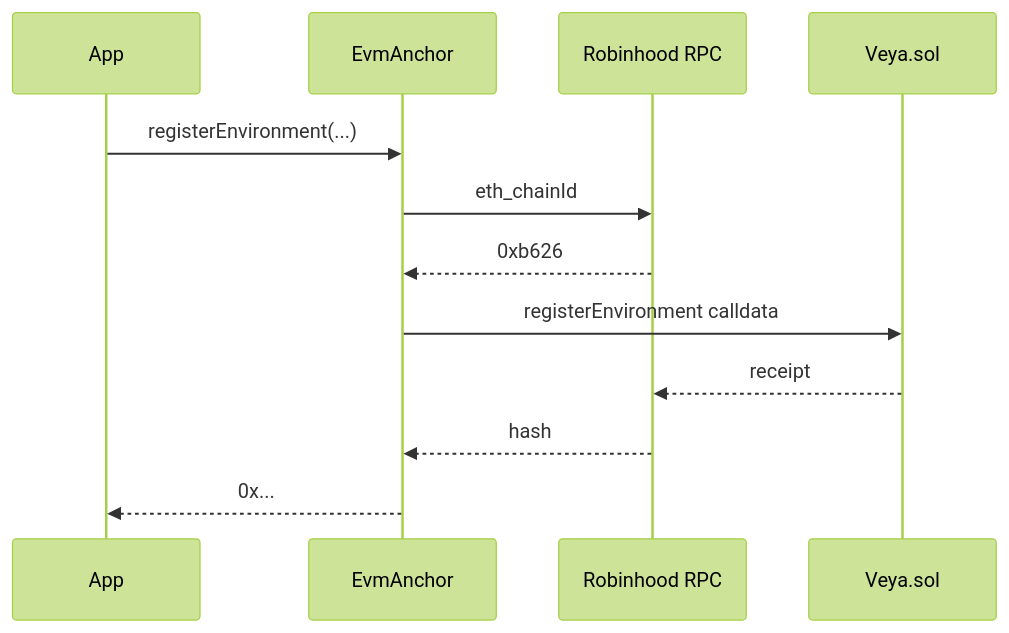
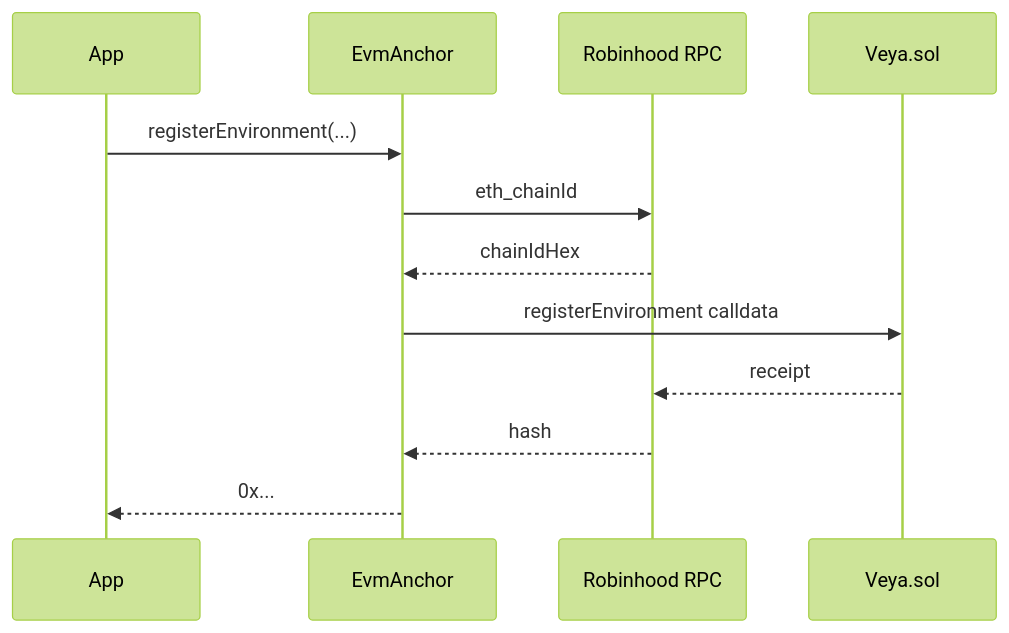
Before and after one commit to veyanet/veya-sdk: the second of 3 diagrams in docs/api/types-reference.md, drawn with Mermaid (forest theme). The commit also changed other lines of this file, not shown here.

````diff
--- a/docs/api/types-reference.md
+++ b/docs/api/types-reference.md
@@ -311,15 +309,15 @@
 ```mermaid
 sequenceDiagram
     participant App
     participant EA as EvmAnchor
     participant RPC as Robinhood RPC
     participant C as Veya.sol
 
     App->>EA: registerEnvironment(...)
     EA->>RPC: eth_chainId
-    RPC-->>EA: 0xb626
+    RPC-->>EA: chainIdHex
     EA->>C: registerEnvironment calldata
     C-->>RPC: receipt
     RPC-->>EA: hash
     EA-->>App: 0x...
 ```
````
